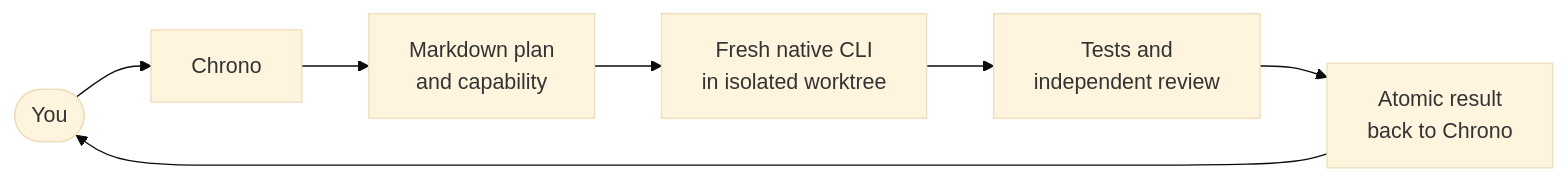
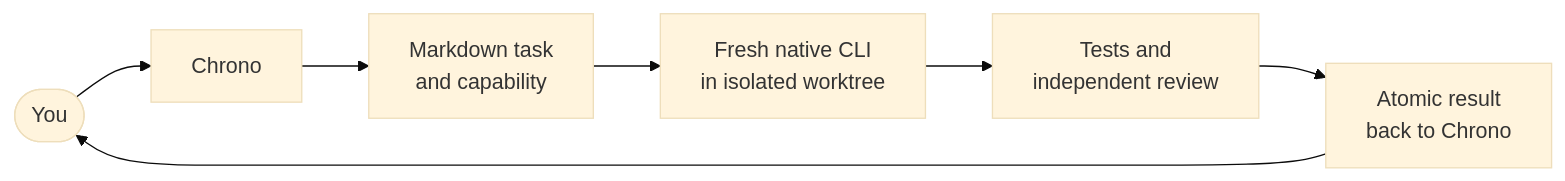
Before and after one commit to mtarcure/claude-vibe-squad: the diagram in README.md, drawn with Mermaid (base theme). The commit also changed other lines of this file and 287 other files, not shown here.

````diff
--- a/README.md
+++ b/README.md
@@ -94,9 +97,9 @@
 ```mermaid
 flowchart LR
     OP([You]) --> CO[Chrono]
-    CO --> PLAN[Markdown plan<br/>and capability]
+    CO --> PLAN[Markdown task<br/>and capability]
     PLAN --> RUN[Fresh native CLI<br/>in isolated worktree]
     RUN --> CHECK[Tests and<br/>independent review]
     CHECK --> RESULT[Atomic result<br/>back to Chrono]
     RESULT --> OP
 ```
````
